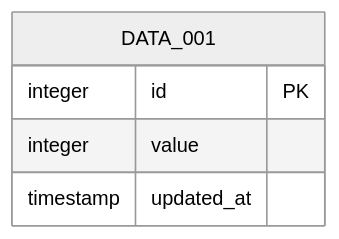
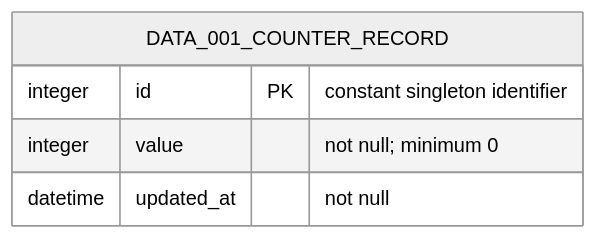
One commit to swabbie-dev/product-intent-package changed the diagram in skills/product-intent-manager/assets/example-product-intent-package/data/data-model.md. Above: the diagram before and after it, drawn with Mermaid (neutral theme). The commit also changed other lines of this file and 101 other files, not shown here.

````diff
--- a/skills/product-intent-manager/assets/example-product-intent-package/data/data-model.md
+++ b/skills/product-intent-manager/assets/example-product-intent-package/data/data-model.md
@@ -18,8 +6,8 @@
 ```mermaid
 erDiagram
-  DATA_001 {
-    integer id PK
-    integer value
-    timestamp updated_at
+  DATA_001_COUNTER_RECORD {
+    integer id PK "constant singleton identifier"
+    integer value "not null; minimum 0"
+    datetime updated_at "not null"
   }
 ```
````
